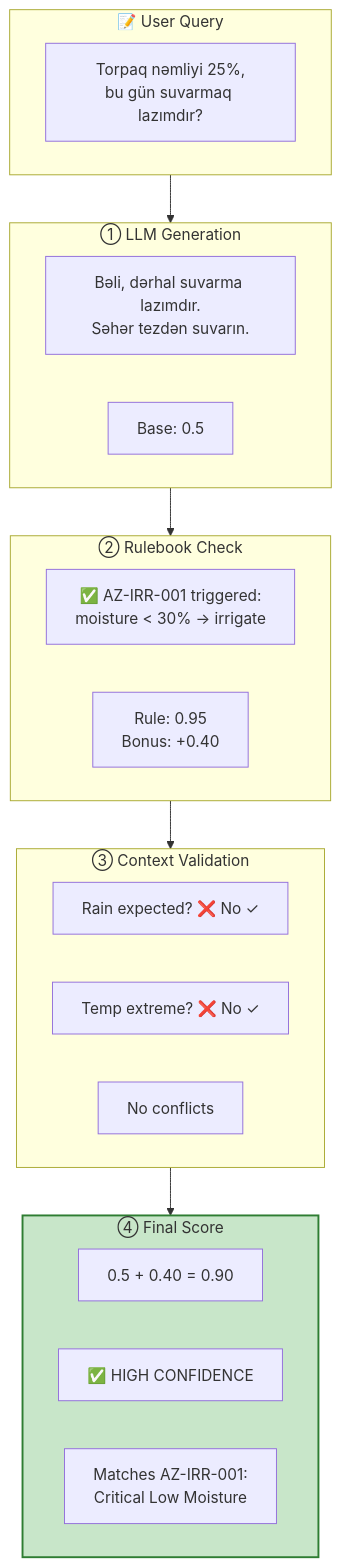
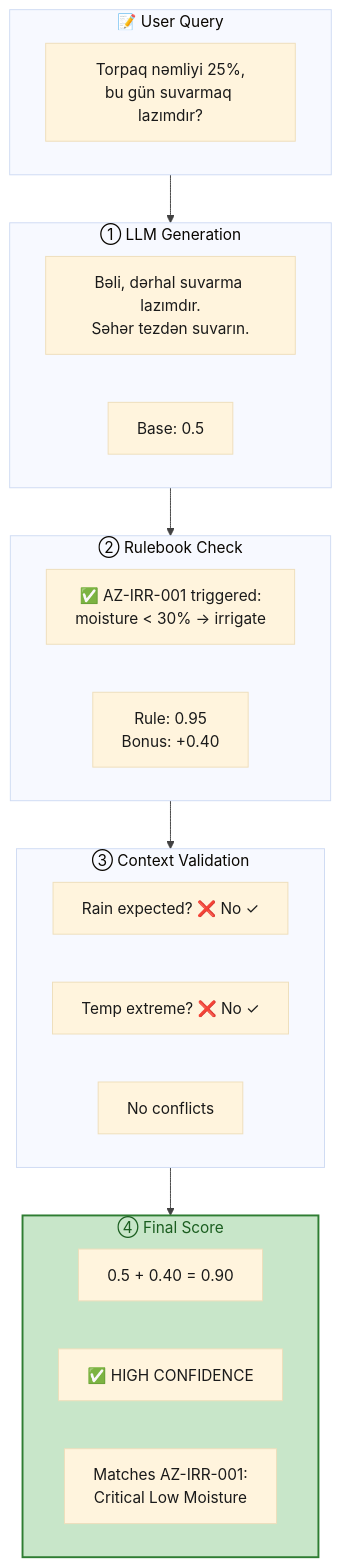
One commit to Px8Studio/yonja changed diagram 15 of 19 in docs/zekalab/03-ARCHITECTURE.md. Above: the diagram before and after it, drawn with Mermaid. The commit also changed other lines of this file and 2 other files, not shown here.

Commit message:
Refine styling in architecture diagrams for improved clarity and consistency

````diff
--- a/docs/zekalab/03-ARCHITECTURE.md
+++ b/docs/zekalab/03-ARCHITECTURE.md
@@ -589,32 +600,33 @@
 ```mermaid
+%%{init: {'theme': 'base', 'themeVariables': { 'primaryTextColor': '#1a1a1a', 'lineColor': '#424242'}}}%%
 flowchart TB
     subgraph query["📝 User Query"]
         q["Torpaq nəmliyi 25%,<br/>bu gün suvarmaq lazımdır?"]
     end
     
     subgraph step1["① LLM Generation"]
         out["Bəli, dərhal suvarma lazımdır.<br/>Səhər tezdən suvarın."]
         conf1["Base: 0.5"]
     end
     
     subgraph step2["② Rulebook Check"]
         rule["✅ AZ-IRR-001 triggered:<br/>moisture < 30% → irrigate"]
         conf2["Rule: 0.95<br/>Bonus: +0.40"]
     end
     
     subgraph step3["③ Context Validation"]
         check1["Rain expected? ❌ No ✓"]
         check2["Temp extreme? ❌ No ✓"]
         no_conflict["No conflicts"]
     end
     
     subgraph step4["④ Final Score"]
         calc["0.5 + 0.40 = 0.90"]
         status["✅ HIGH CONFIDENCE"]
         cite["Matches AZ-IRR-001:<br/>Critical Low Moisture"]
     end
     
     query --> step1 --> step2 --> step3 --> step4
     
-    style step4 fill:#c8e6c9,stroke:#2e7d32,stroke-width:2px
+    style step4 fill:#c8e6c9,stroke:#2e7d32,stroke-width:2px,color:#1b5e20
 ```
````
